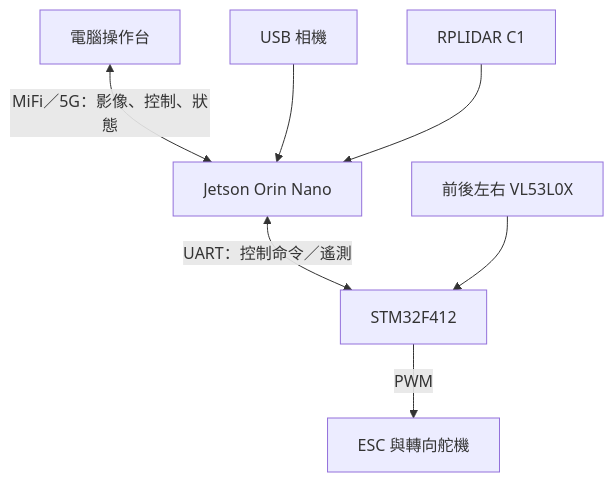
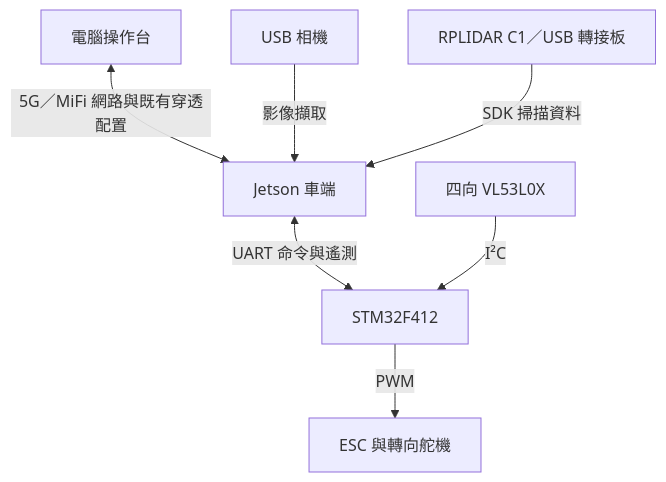
The second of 2 diagrams in README.md (fan-gu-hao/minitesla-jetson-stm32), drawn with Mermaid before and after one commit. The commit also changed other lines of this file and 1 other file, not shown here.

````diff
--- a/README.md
+++ b/README.md
@@ -21,9 +137,9 @@
 ```mermaid
 flowchart TD
-    PC["電腦操作台"] <-->|"MiFi／5G：影像、控制、狀態"| J["Jetson Orin Nano"]
-    CAM["USB 相機"] --> J
-    LIDAR["RPLIDAR C1"] --> J
-    J <-->|"UART：控制命令／遙測"| M["STM32F412"]
-    TOF["前後左右 VL53L0X"] --> M
-    M -->|"PWM"| ACT["ESC 與轉向舵機"]
+    PC["電腦操作台"] <-->|"5G／MiFi 網路與既有穿透配置"| J["Jetson 車端"]
+    CAM["USB 相機"] -->|"影像擷取"| J
+    LIDAR["RPLIDAR C1／USB 轉接板"] -->|"SDK 掃描資料"| J
+    J <-->|"UART 命令與遙測"| M["STM32F412"]
+    TOF["四向 VL53L0X"] -->|"I²C"| M
+    M -->|"PWM"| DRIVE["ESC 與轉向舵機"]
 ```
````
